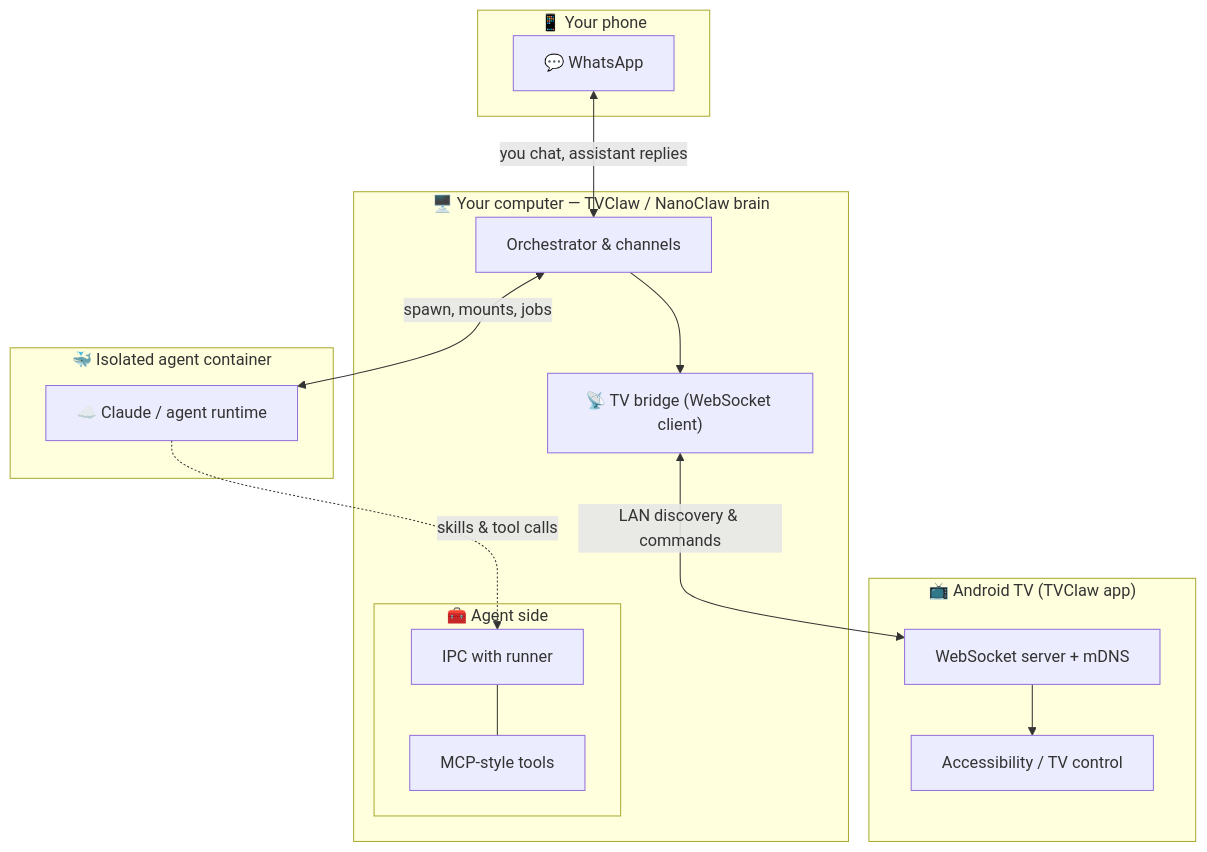
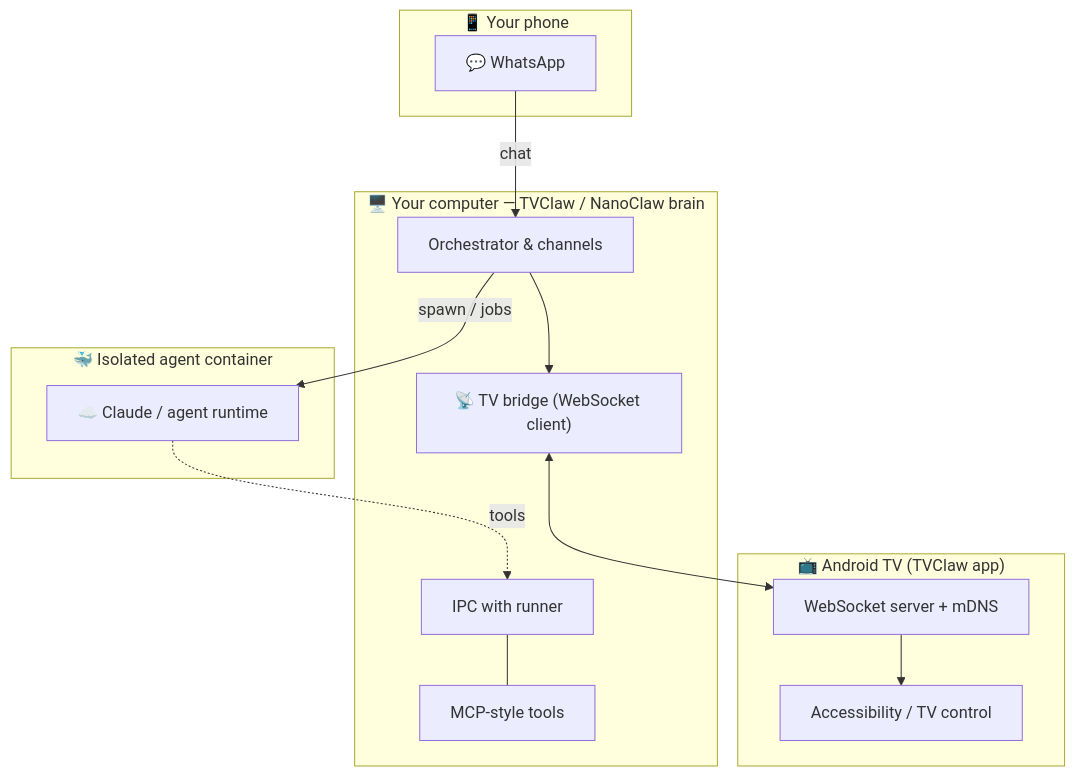
One commit to TVClaw/TVClaw changed the diagram in README.md. Above: the diagram before and after it, drawn with Mermaid.

Commit message:
update README.md architecture diagram

````diff
--- a/README.md
+++ b/README.md
@@ -47,32 +47,30 @@
 ```mermaid
 flowchart TB
   subgraph phone["📱 Your phone"]
     WA["💬 WhatsApp"]
   end
 
   subgraph host["🖥️ Your computer — TVClaw / NanoClaw brain"]
     CORE["Orchestrator & channels"]
     TVB["📡 TV bridge (WebSocket client)"]
-    subgraph agents["🧰 Agent side"]
-      IPC["IPC with runner"]
-      MCP["MCP-style tools"]
-    end
+    IPC["IPC with runner"]
+    MCP["MCP-style tools"]
   end
 
   subgraph sandbox["🐳 Isolated agent container"]
     LLM["☁️ Claude / agent runtime"]
   end
 
   subgraph tv["📺 Android TV (TVClaw app)"]
     WSS["WebSocket server + mDNS"]
     AX["Accessibility / TV control"]
   end
 
-  WA <-->|"you chat, assistant replies"| CORE
-  CORE <-->|"spawn, mounts, jobs"| LLM
-  LLM -.->|"skills & tool calls"| IPC
+  WA -->|chat| CORE
+  CORE -->|spawn / jobs| LLM
+  LLM -.->|tools| IPC
   IPC --- MCP
   CORE --> TVB
-  TVB <-->|"LAN discovery & commands"| WSS
+  TVB <--> WSS
   WSS --> AX
 ```
````
